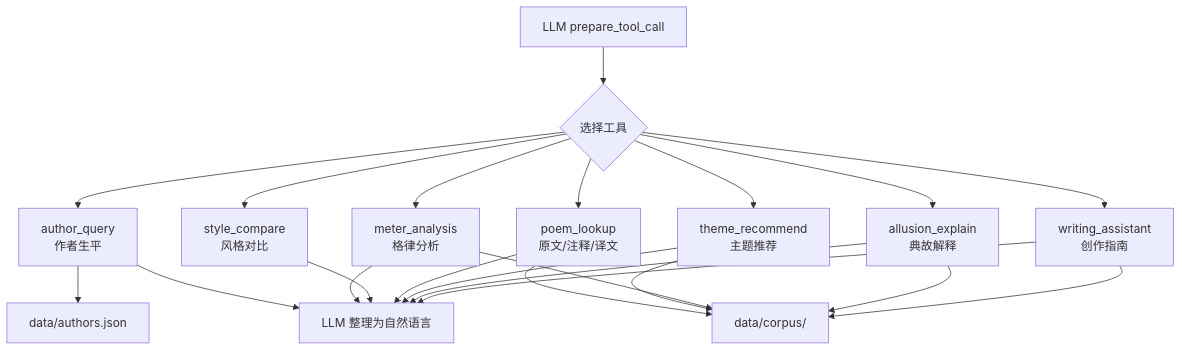
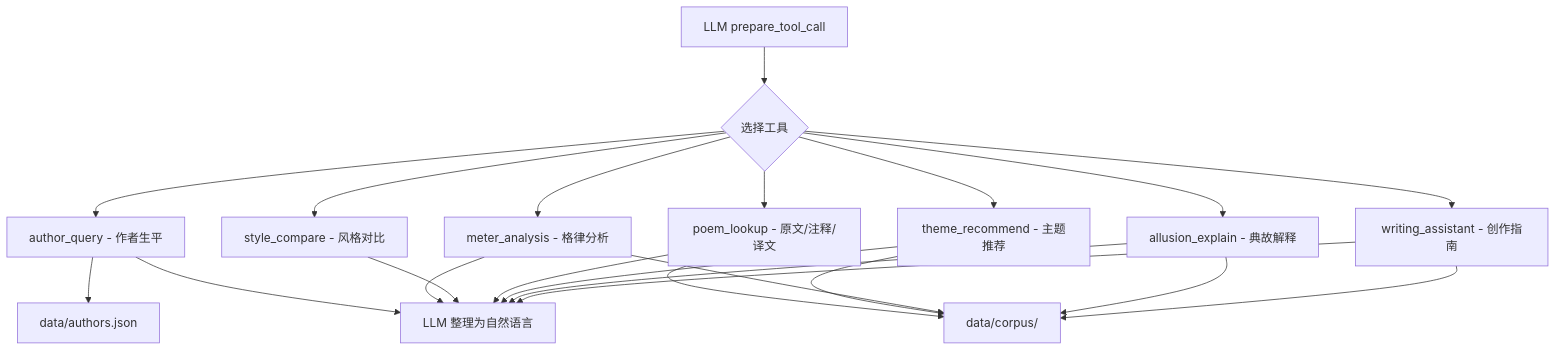
One commit to xiaduobao/poetryAgent changed the fifth of 7 diagrams in docs/architecture.md. Above: the diagram before and after it, drawn with Mermaid. The commit also changed other lines of this file and 2 other files, not shown here.

````diff
--- a/docs/architecture.md
+++ b/docs/architecture.md
@@ -202,27 +202,27 @@
 ```mermaid
 flowchart TB
     LLM[LLM prepare_tool_call] --> T{选择工具}
 
-    T --> author[author_query<br/>作者生平]
-    T --> meter[meter_analysis<br/>格律分析]
-    T --> compare[style_compare<br/>风格对比]
-    T --> lookup[poem_lookup<br/>原文/注释/译文]
-    T --> theme[theme_recommend<br/>主题推荐]
-    T --> allusion[allusion_explain<br/>典故解释]
-    T --> writing[writing_assistant<br/>创作指南]
+    T --> author["author_query - 作者生平"]
+    T --> meter["meter_analysis - 格律分析"]
+    T --> compare["style_compare - 风格对比"]
+    T --> lookup["poem_lookup - 原文/注释/译文"]
+    T --> theme["theme_recommend - 主题推荐"]
+    T --> allusion["allusion_explain - 典故解释"]
+    T --> writing["writing_assistant - 创作指南"]
 
     author --> JSON[data/authors.json]
     lookup --> Corpus[data/corpus/]
     theme --> Corpus
     meter --> Corpus
     allusion --> Corpus
     writing --> Corpus
 
     author --> Summarize[LLM 整理为自然语言]
     meter --> Summarize
     compare --> Summarize
     lookup --> Summarize
     theme --> Summarize
     allusion --> Summarize
     writing --> Summarize
 ```
````
